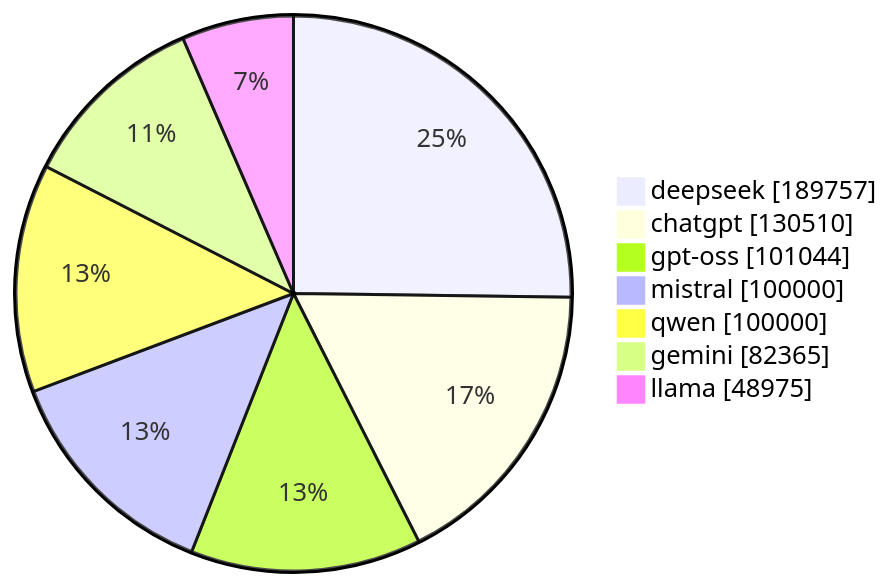
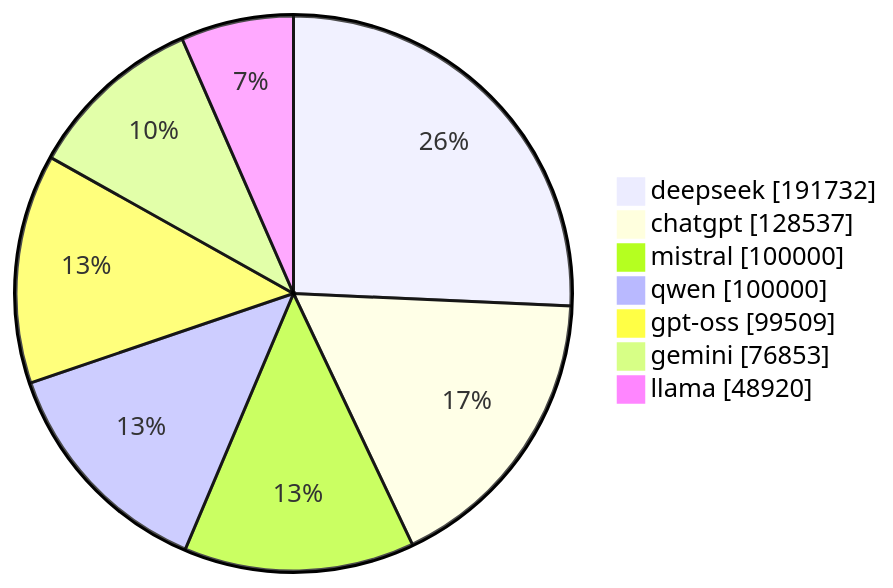
Before and after one commit to gqgs/llm100kbench: the diagram in README.md, drawn with Mermaid. The commit also changed other lines of this file and 17 other files, not shown here.

````diff
--- a/README.md
+++ b/README.md
@@ -50,10 +50,10 @@
 ```mermaid
 pie showData
-    "deepseek" : 189757
-    "chatgpt" : 130510
-    "gpt-oss" : 101044
+    "deepseek" : 191732
+    "chatgpt" : 128537
     "mistral" : 100000
     "qwen" : 100000
-    "gemini" : 82365
-    "llama" : 48975
+    "gpt-oss" : 99509
+    "gemini" : 76853
+    "llama" : 48920
 ```
````
